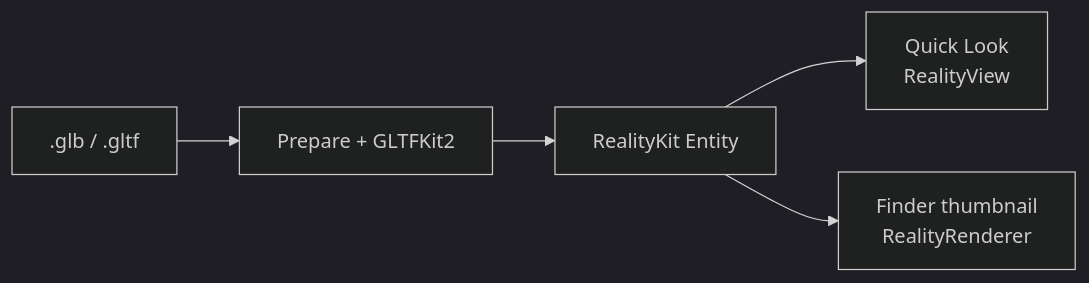
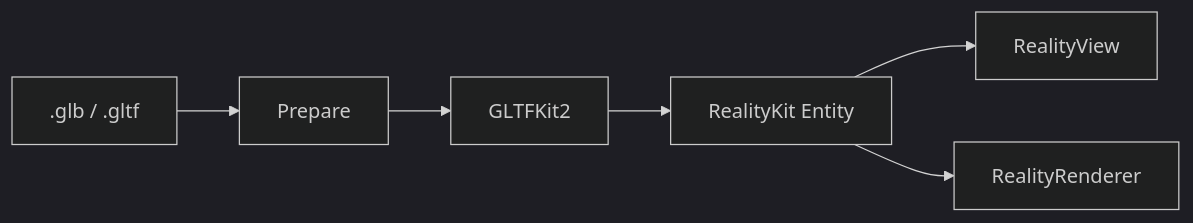
The diagram in README.md (Hemmingsson/macos-gltf-inspector), drawn with Mermaid (dark theme) before and after one commit. The commit also changed other lines of this file and 17 other files, not shown here.

````diff
--- a/README.md
+++ b/README.md
@@ -57,7 +57,8 @@
 ```mermaid
 flowchart LR
-  file[".glb / .gltf"] --> prep["Prepare + GLTFKit2"]
-  prep --> rk["RealityKit Entity"]
-  rk --> ql["Quick Look\nRealityView"]
-  rk --> thumb["Finder thumbnail\nRealityRenderer"]
+  glb[".glb / .gltf"] --> prep["Prepare"]
+  prep --> kit["GLTFKit2"]
+  kit --> rk["RealityKit Entity"]
+  rk --> rv["RealityView"]
+  rk --> rr["RealityRenderer"]
 ```
````
